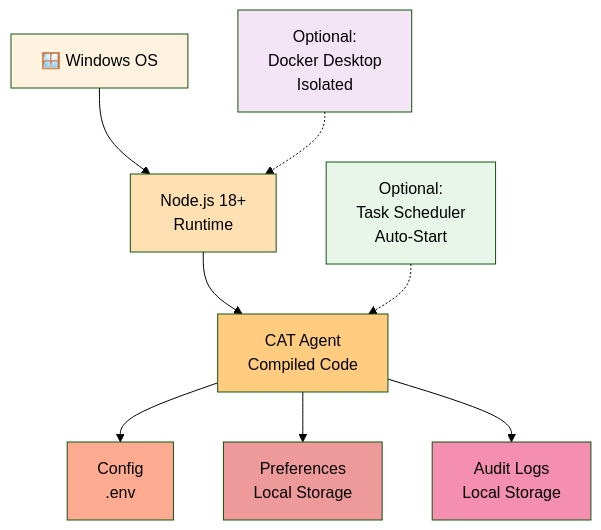
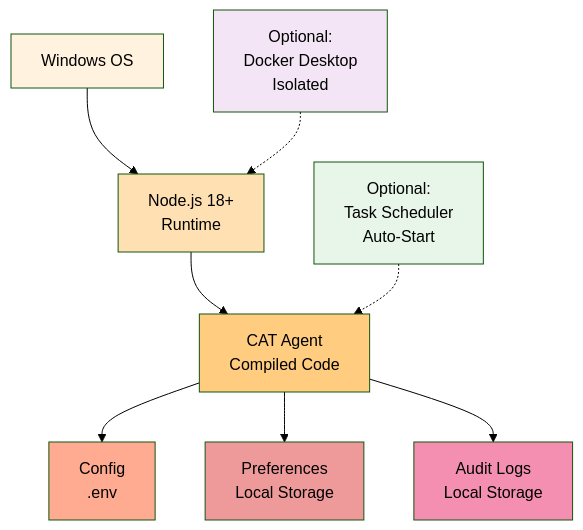
The seventh of 10 diagrams in ARCHITECTURE.md (fivepanelhat/CAT-mail), drawn with Mermaid (forest theme) before and after one commit. The commit also changed other lines of this file and 50 other files, not shown here.

````diff
--- a/ARCHITECTURE.md
+++ b/ARCHITECTURE.md
@@ -351,30 +351,30 @@
 ```mermaid
 graph TB
-    OS["🪟 Windows OS"]
-    Node["Node.js 18+<br/>Runtime"]
-    App["CAT Agent<br/>Compiled Code"]
-    Config["Config<br/>.env"]
-    Prefs["Preferences<br/>Local Storage"]
-    Logs["Audit Logs<br/>Local Storage"]
-    
-    OS --> Node
-    Node --> App
-    App --> Config
-    App --> Prefs
-    App --> Logs
-    
-    optTask["Optional:<br/>Task Scheduler<br/>Auto-Start"]
-    optTask -.-> App
-    
-    optDocker["Optional:<br/>Docker Desktop<br/>Isolated"]
-    optDocker -.-> Node
-    
-    style OS fill:#fff3e0
-    style Node fill:#ffe0b2
-    style App fill:#ffcc80
-    style Config fill:#ffab91
-    style Prefs fill:#ef9a9a
-    style Logs fill:#f48fb1
-    style optTask fill:#e8f5e9
-    style optDocker fill:#f3e5f5
+ OS[" Windows OS"]
+ Node["Node.js 18+<br/>Runtime"]
+ App["CAT Agent<br/>Compiled Code"]
+ Config["Config<br/>.env"]
+ Prefs["Preferences<br/>Local Storage"]
+ Logs["Audit Logs<br/>Local Storage"]
+ 
+ OS --> Node
+ Node --> App
+ App --> Config
+ App --> Prefs
+ App --> Logs
+ 
+ optTask["Optional:<br/>Task Scheduler<br/>Auto-Start"]
+ optTask -.-> App
+ 
+ optDocker["Optional:<br/>Docker Desktop<br/>Isolated"]
+ optDocker -.-> Node
+ 
+ style OS fill:#fff3e0
+ style Node fill:#ffe0b2
+ style App fill:#ffcc80
+ style Config fill:#ffab91
+ style Prefs fill:#ef9a9a
+ style Logs fill:#f48fb1
+ style optTask fill:#e8f5e9
+ style optDocker fill:#f3e5f5
 ```
````
